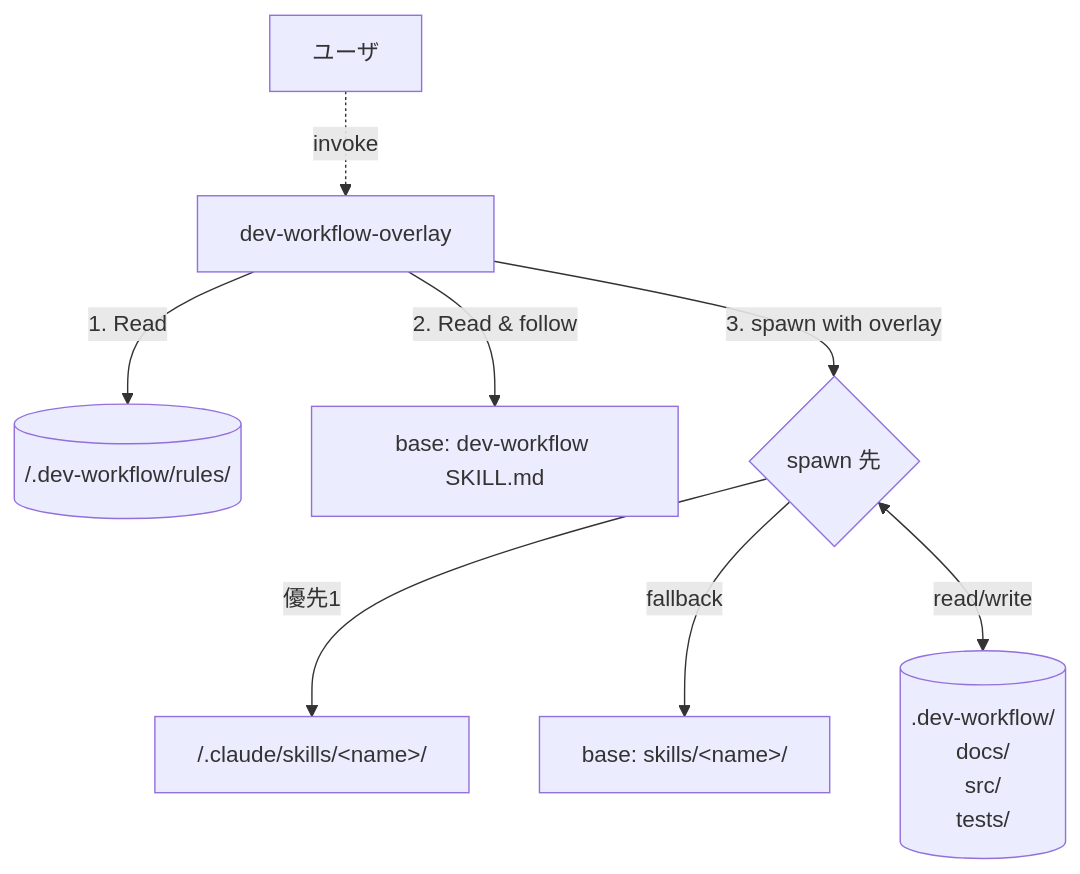
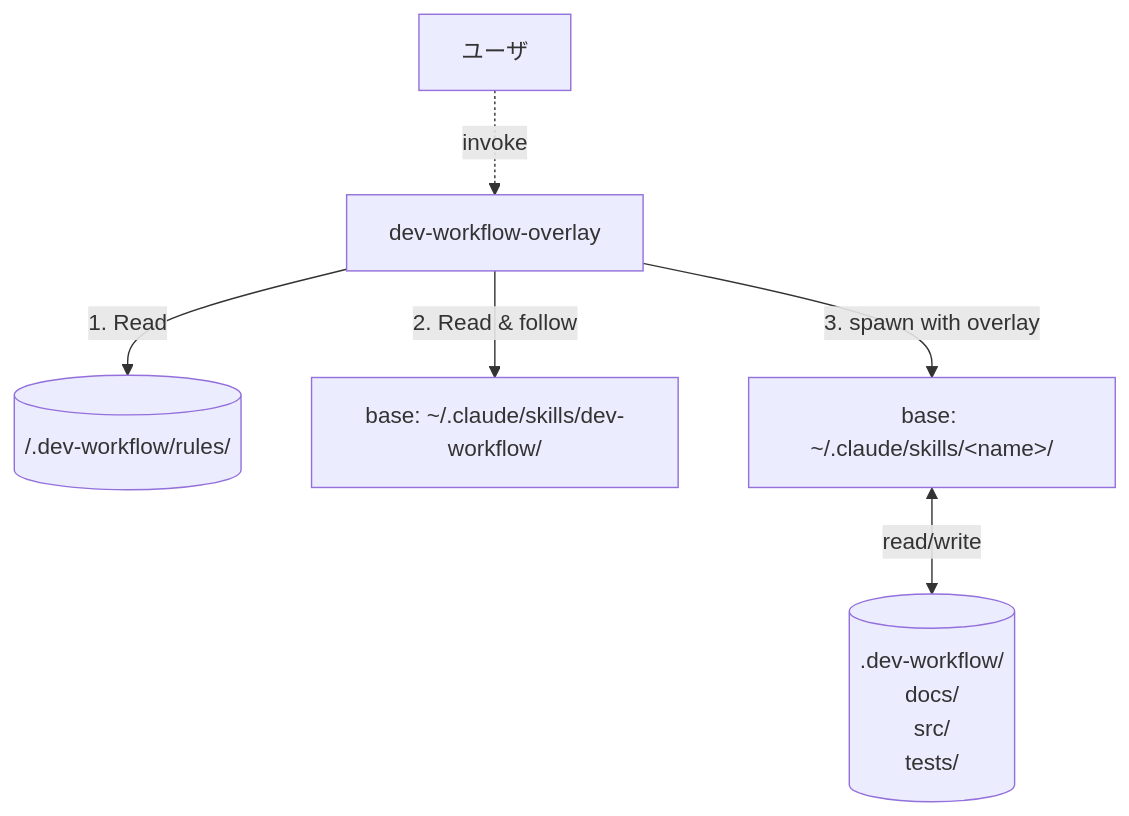
One commit to yamasuki-/software_dev_workflow changed the second of 3 diagrams in README.md. Above: the diagram before and after it, drawn with Mermaid. The commit also changed other lines of this file and 2 other files, not shown here.

````diff
--- a/README.md
+++ b/README.md
@@ -696,10 +692,8 @@
 ```mermaid
 flowchart TD
     User[ユーザ] -.invoke.-> Overlay[dev-workflow-overlay]
     Overlay -->|1. Read| Rules[(<project>/.dev-workflow/rules/)]
-    Overlay -->|2. Read & follow| BaseOrch[base: dev-workflow SKILL.md]
-    Overlay -->|3. spawn with overlay| Skills{spawn 先}
-    Skills -->|優先1| ProjectSkill[<project>/.claude/skills/&lt;name&gt;/]
-    Skills -->|fallback| BaseSkill[base: skills/&lt;name&gt;/]
-    Skills <-->|read/write| Files[(.dev-workflow/<br/>docs/<br/>src/<br/>tests/)]
+    Overlay -->|2. Read & follow| BaseOrch[base: ~/.claude/skills/dev-workflow/]
+    Overlay -->|3. spawn with overlay| BaseSkill[base: ~/.claude/skills/&lt;name&gt;/]
+    BaseSkill <-->|read/write| Files[(.dev-workflow/<br/>docs/<br/>src/<br/>tests/)]
 ```
````
